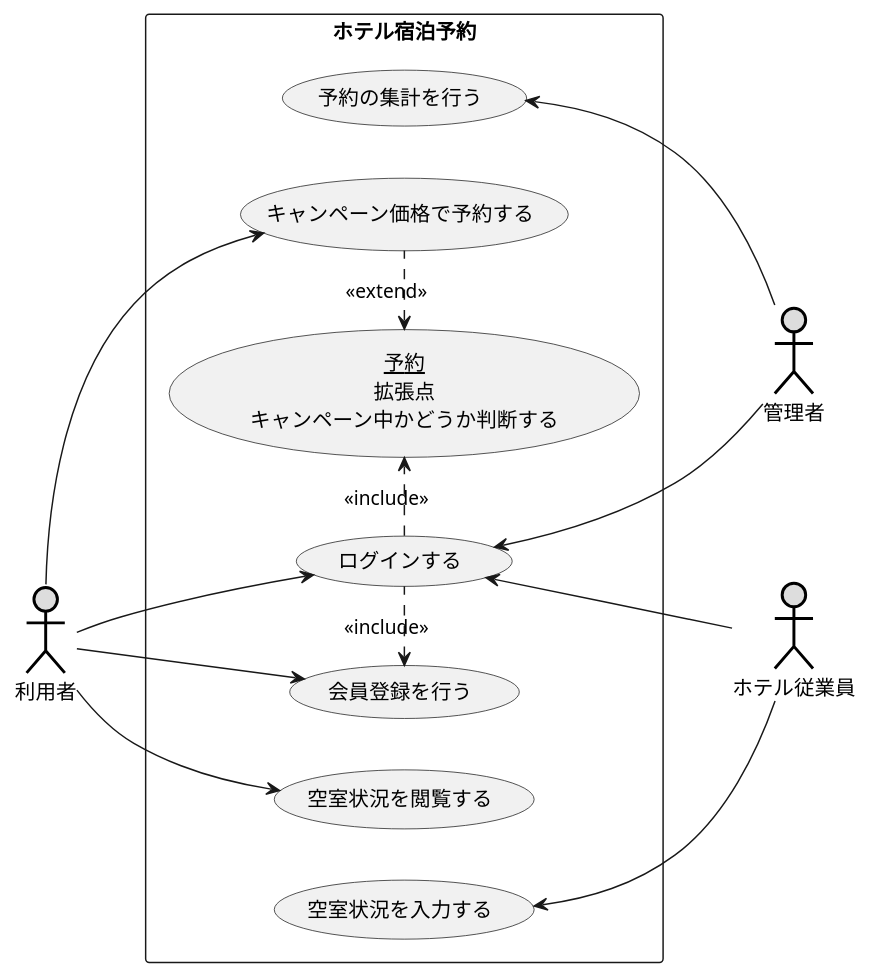
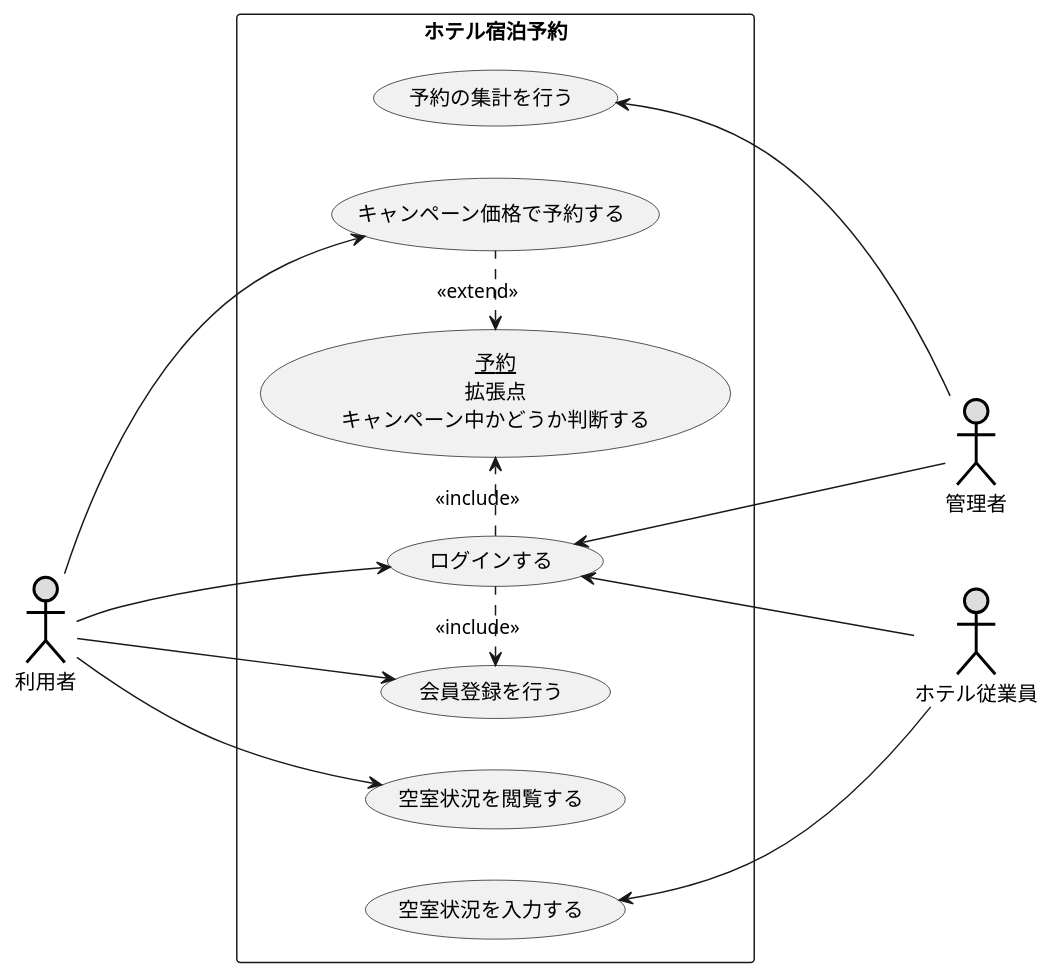
One commit to kazuki220/uml-introduction changed the diagram in 演習2-8_UC_ホテル予約システム.pu. Above: the diagram before and after it, drawn with PlantUML.

Commit message:
演習2-8の作成

```diff
--- a/演習2-8_UC_ホテル予約システム.pu
+++ b/演習2-8_UC_ホテル予約システム.pu
@@ -1,26 +1,26 @@
 @startuml ユースケース図
 left to right direction
 actor 利用者 #DDDDDD;line:black;line.bold;
 actor ホテル従業員 #DDDDDD;line:black;line.bold;
 actor 管理者 #DDDDDD;line:black;line.bold;
 rectangle ホテル宿泊予約 {
 usecase 空室状況を閲覧する   
 usecase 空室状況を入力する
 usecase 予約の集計を行う
 usecase ログインする
 usecase 会員登録を行う
 usecase (<u>予約</u>\n拡張点\nキャンペーン中かどうか判断する) as input
 usecase キャンペーン価格で予約する
 }
-利用者 --> キャンペーン価格で予約する
+利用者 ---> キャンペーン価格で予約する
 利用者 --> ログインする
 利用者 --> 会員登録を行う
 利用者 --> 空室状況を閲覧する
 ログインする <-- ホテル従業員
-空室状況を入力する <-- ホテル従業員
-ログインする <-- 管理者
+空室状況を入力する <--- ホテル従業員
+ログインする <--- 管理者
 予約の集計を行う <-right- 管理者
 input <. (キャンペーン価格で予約する) : <<extend>>
 ログインする .> input : << include >>
 会員登録を行う <. ログインする : << include >>
 @enduml
```
